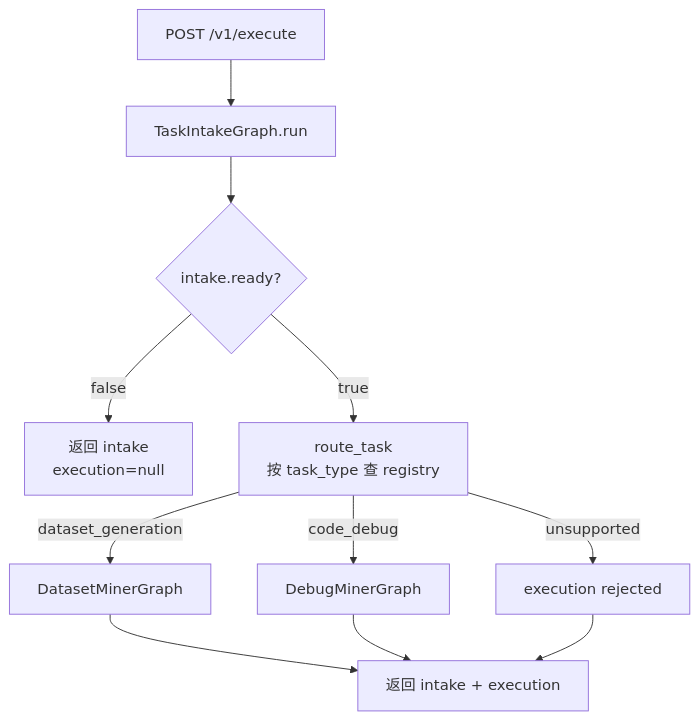
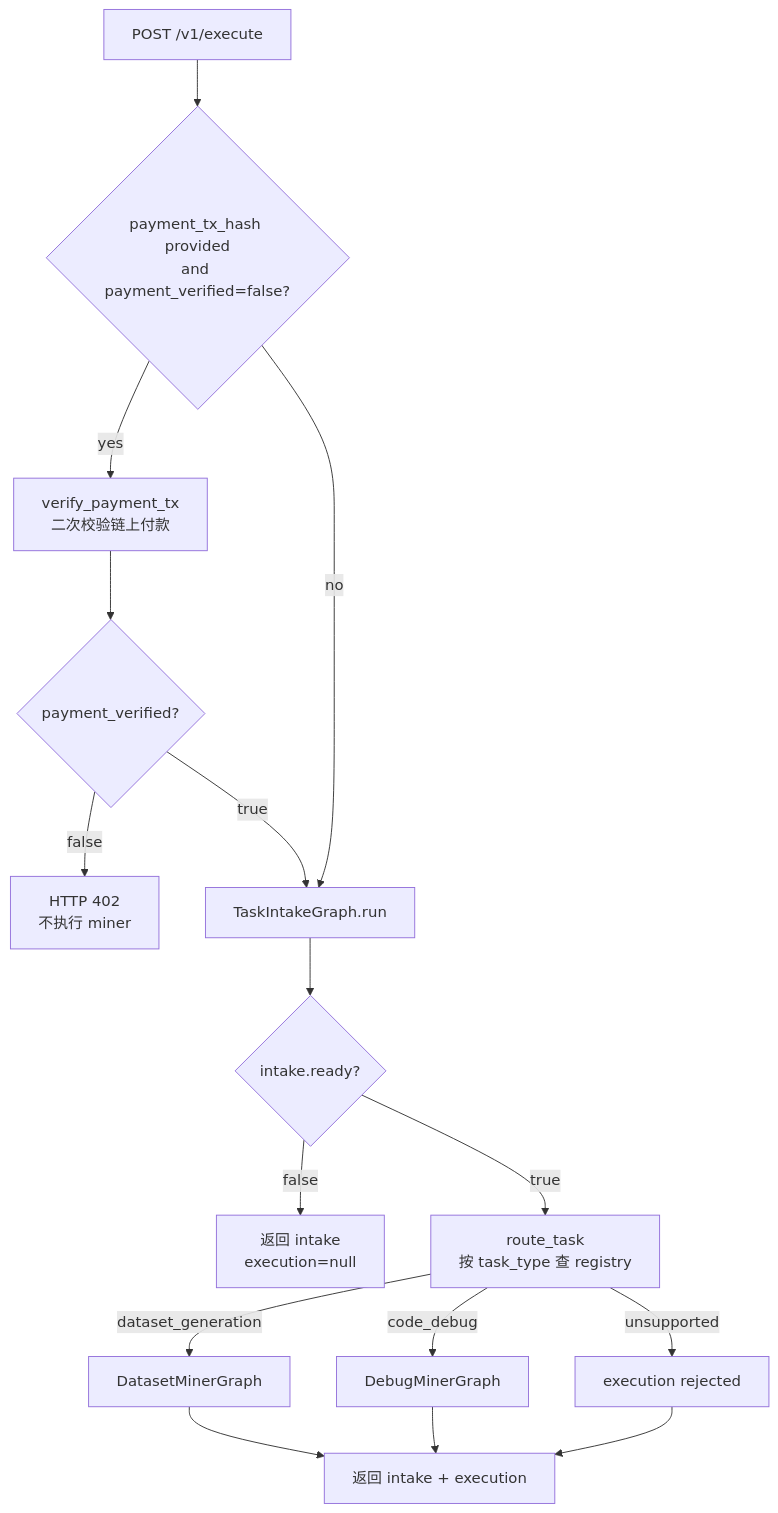
Before and after one commit to ixxxMrAnderson/bountyland: the fourth of 17 diagrams in aurora-agent-core/docs/agent-flow-diagrams.zh.md, drawn with Mermaid. The commit also changed other lines of this file and 6 other files, not shown here.

````diff
--- a/aurora-agent-core/docs/agent-flow-diagrams.zh.md
+++ b/aurora-agent-core/docs/agent-flow-diagrams.zh.md
@@ -68,15 +108,21 @@
 ```mermaid
 flowchart TD
-    EXEC["POST /v1/execute"] --> INTAKE["TaskIntakeGraph.run"]
+    EXEC["POST /v1/execute"] --> PAYHASH{"payment_tx_hash provided<br/>and payment_verified=false?"}
+    PAYHASH -->|"yes"| PAYVERIFY["verify_payment_tx<br/>二次校验链上付款"]
+    PAYVERIFY --> PAYOK{"payment_verified?"}
+    PAYOK -->|"false"| BLOCK["HTTP 402<br/>不执行 miner"]
+    PAYOK -->|"true"| INTAKE["TaskIntakeGraph.run"]
+    PAYHASH -->|"no"| INTAKE
+
     INTAKE --> READY{"intake.ready?"}
     READY -->|"false"| STOP["返回 intake<br/>execution=null"]
     READY -->|"true"| ROUTER["route_task<br/>按 task_type 查 registry"]
 
     ROUTER -->|"dataset_generation"| DS["DatasetMinerGraph"]
     ROUTER -->|"code_debug"| DB["DebugMinerGraph"]
     ROUTER -->|"unsupported"| UNSUPPORTED["execution rejected"]
 
     DS --> RESULT["返回 intake + execution"]
     DB --> RESULT
     UNSUPPORTED --> RESULT
 ```
````
